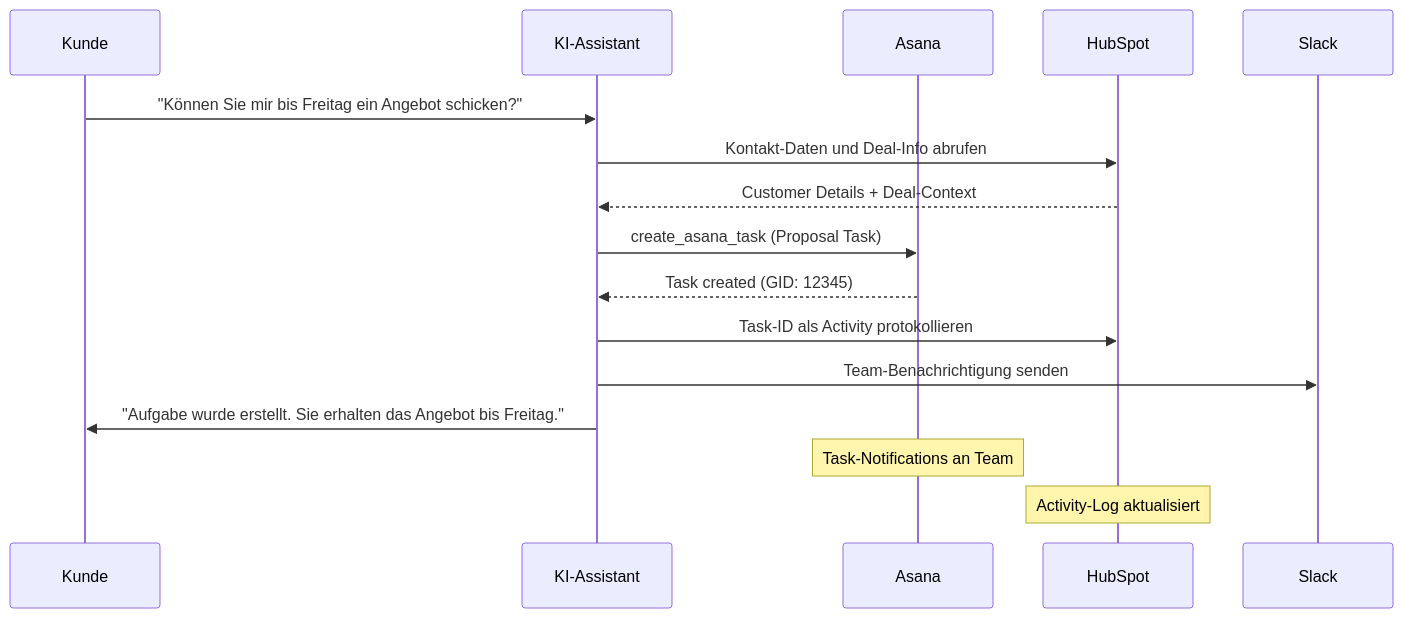
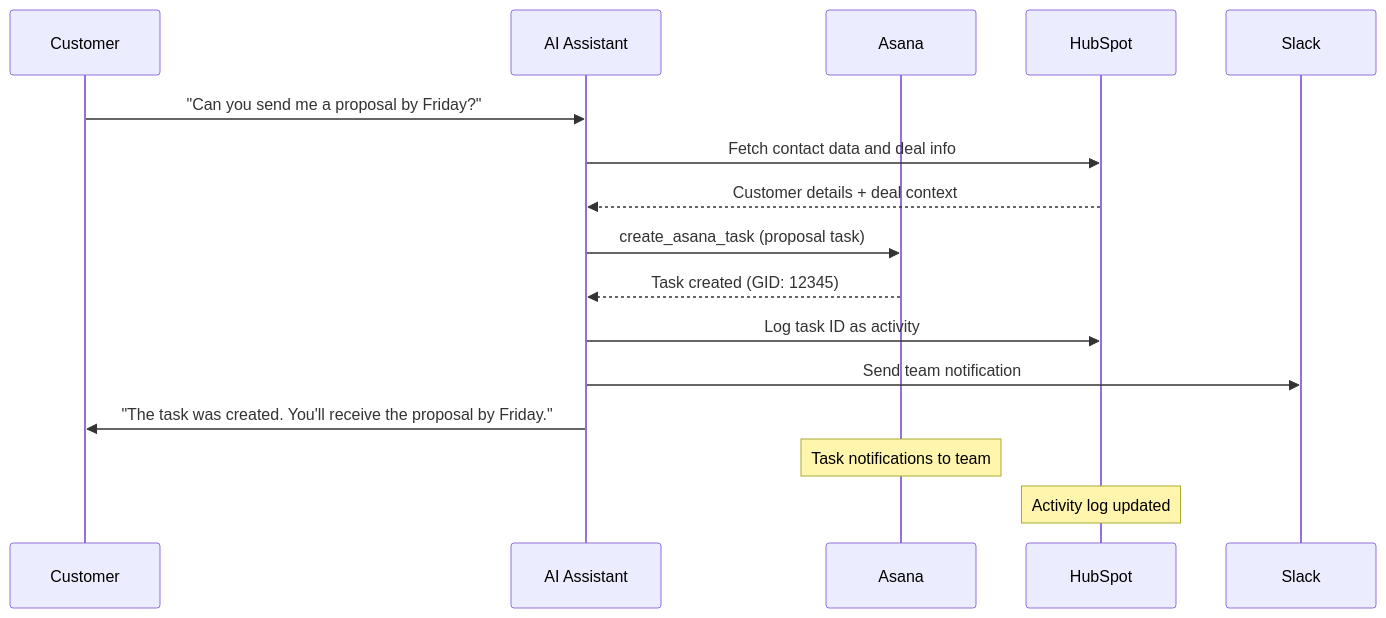
The second of 2 diagrams in en/automation-platform/mid-call-tools/integration-templates/asana-integration.mdx (bekgroup/Famulor-docs-de), drawn with Mermaid before and after one commit. The commit also changed other lines of this file and 273 other files, not shown here.

````diff
--- a/en/automation-platform/mid-call-tools/integration-templates/asana-integration.mdx
+++ b/en/automation-platform/mid-call-tools/integration-templates/asana-integration.mdx
@@ -538,20 +536,20 @@
 ```mermaid
 sequenceDiagram
-    participant C as Kunde
-    participant AI as KI-Assistant
+    participant C as Customer
+    participant AI as AI Assistant
     participant A as Asana
     participant CRM as HubSpot
     participant S as Slack
     
-    C->>AI: "Können Sie mir bis Freitag ein Angebot schicken?"
-    AI->>CRM: Kontakt-Daten und Deal-Info abrufen
-    CRM-->>AI: Customer Details + Deal-Context
-    AI->>A: create_asana_task (Proposal Task)
+    C->>AI: "Can you send me a proposal by Friday?"
+    AI->>CRM: Fetch contact data and deal info
+    CRM-->>AI: Customer details + deal context
+    AI->>A: create_asana_task (proposal task)
     A-->>AI: Task created (GID: 12345)
-    AI->>CRM: Task-ID als Activity protokollieren
-    AI->>S: Team-Benachrichtigung senden
-    AI->>C: "Aufgabe wurde erstellt. Sie erhalten das Angebot bis Freitag."
+    AI->>CRM: Log task ID as activity
+    AI->>S: Send team notification
+    AI->>C: "The task was created. You'll receive the proposal by Friday."
     
-    Note over A: Task-Notifications an Team
-    Note over CRM: Activity-Log aktualisiert
+    Note over A: Task notifications to team
+    Note over CRM: Activity log updated
 ```
````
